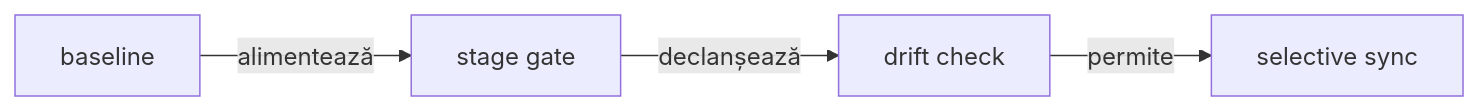
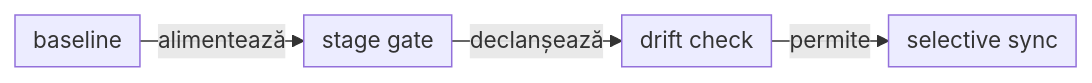
One commit to crististefanita/atf_j0 changed the fourth of 6 diagrams in docs/ATF_Build_And_Execution_Safety.md. Above: the diagram before and after it, drawn with Mermaid. The commit also changed other lines of this file and 97 other files, not shown here.

````diff
--- a/docs/ATF_Build_And_Execution_Safety.md
+++ b/docs/ATF_Build_And_Execution_Safety.md
@@ -117,6 +155,7 @@
 ```mermaid
+%%{init: {"themeVariables":{"fontSize":"15px"},"themeCSS":".nodeLabel, .nodeLabel p { font-size: 15px !important; line-height: 1.35 !important; } .edgeLabel, .edgeLabel p { font-size: 12px !important; font-weight: 400 !important; line-height: 1.2 !important; } .edgeLabel .labelBkg, .edgeLabel p { background: transparent !important; } .edgeLabel foreignObject { transform: translateY(-18px); overflow: visible; } .node rect { rx: 6px; ry: 6px; }","flowchart":{"curve":"linear","nodeSpacing":24,"rankSpacing":24,"padding":6,"diagramPadding":20}}}%%
 flowchart LR
     Manifest["baseline"] -->|alimentează| Build["stage gate"]
     Build -->|declanșează| Guard["drift check"]
     Guard -->|permite| Promote["selective sync"]
 ```
````
